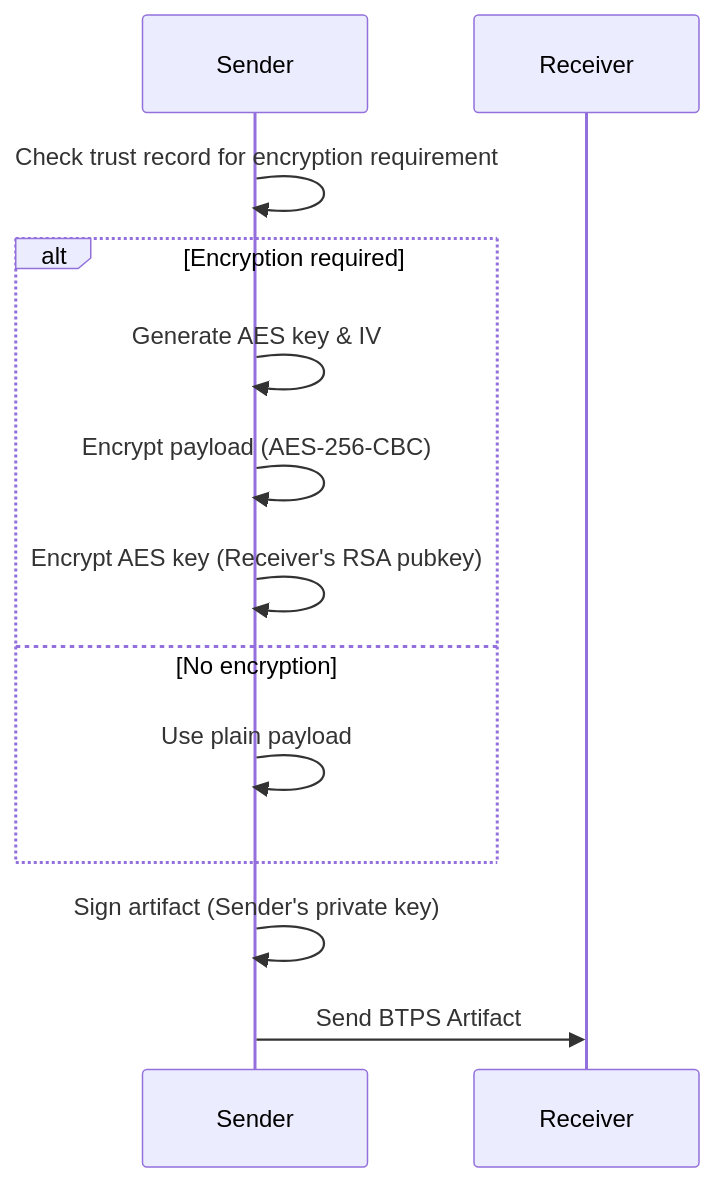
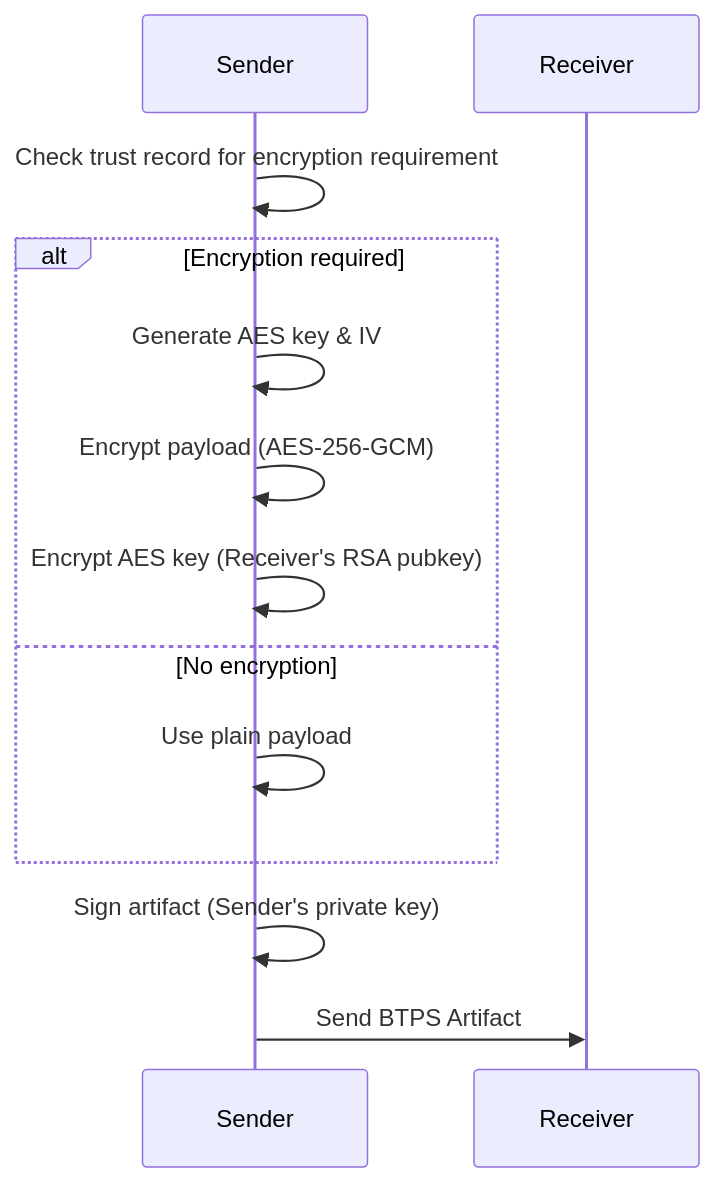
One commit to openbtps/btps-node changed the diagram in docs/docusaurus/docs/protocol/security/encryption.md. Above: the diagram before and after it, drawn with Mermaid. The commit also changed other lines of this file and 33 other files, not shown here.

````diff
--- a/docs/docusaurus/docs/protocol/security/encryption.md
+++ b/docs/docusaurus/docs/protocol/security/encryption.md
@@ -37,15 +37,15 @@
 ```mermaid
 sequenceDiagram
     participant Sender
     participant Receiver
     Sender->>Sender: Check trust record for encryption requirement
     alt Encryption required
         Sender->>Sender: Generate AES key & IV
-        Sender->>Sender: Encrypt payload (AES-256-CBC)
+        Sender->>Sender: Encrypt payload (AES-256-GCM)
         Sender->>Sender: Encrypt AES key (Receiver's RSA pubkey)
     else No encryption
         Sender->>Sender: Use plain payload
     end
     Sender->>Sender: Sign artifact (Sender's private key)
     Sender->>Receiver: Send BTPS Artifact
 ```
````
